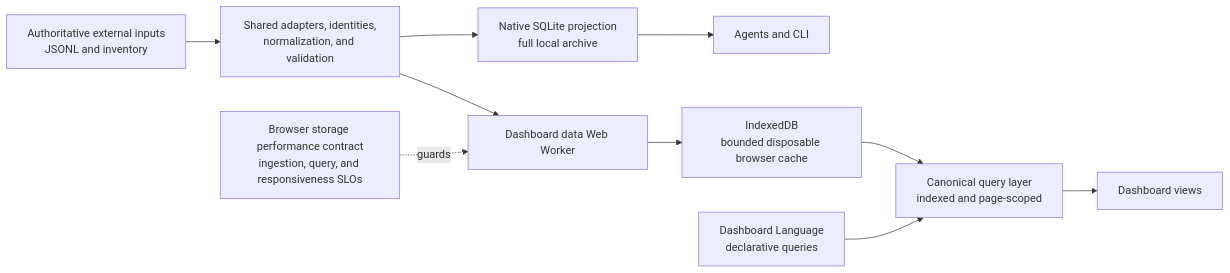
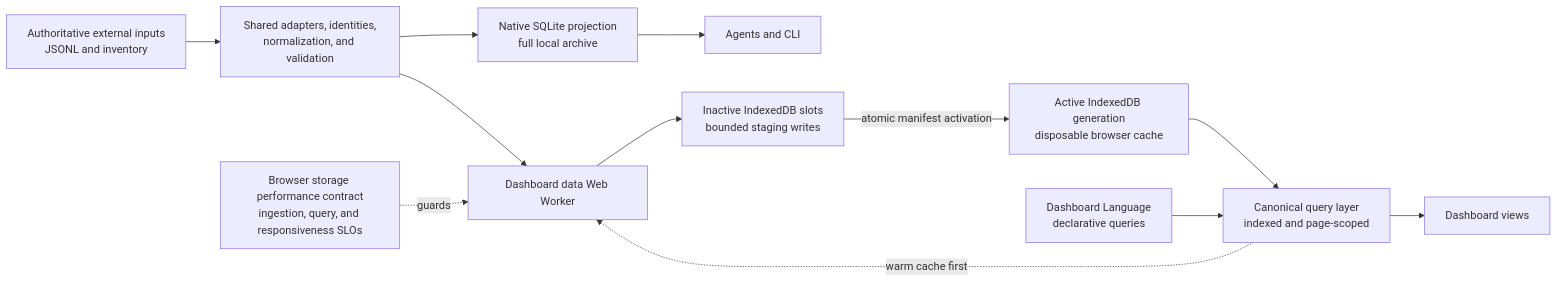
Before and after one commit to githubnext/gh-aw-cao: the first of 2 diagrams in specs/dashboard-data.md, drawn with Mermaid. The commit also changed other lines of this file and 12 other files, not shown here.

````diff
--- a/specs/dashboard-data.md
+++ b/specs/dashboard-data.md
@@ -211,15 +211,17 @@
 ```mermaid
 flowchart LR
   inputs["Authoritative external inputs<br/>JSONL and inventory"] --> canonical["Shared adapters, identities,<br/>normalization, and validation"]
 
   canonical --> sqlite["Native SQLite projection<br/>full local archive"]
   sqlite --> headless["Agents and CLI"]
 
   canonical --> worker["Dashboard data Web Worker"]
-  worker --> indexeddb["IndexedDB<br/>bounded disposable browser cache"]
-  indexeddb --> queries["Canonical query layer<br/>indexed and page-scoped"]
+  worker --> staging["Inactive IndexedDB slots<br/>bounded staging writes"]
+  staging -->|atomic manifest activation| active["Active IndexedDB generation<br/>disposable browser cache"]
+  active --> queries["Canonical query layer<br/>indexed and page-scoped"]
+  queries -. warm cache first .-> worker
   language["Dashboard Language<br/>declarative queries"] --> queries
   queries --> views["Dashboard views"]
 
   contract["Browser storage performance contract<br/>ingestion, query, and responsiveness SLOs"] -. guards .-> worker
 ```
````
